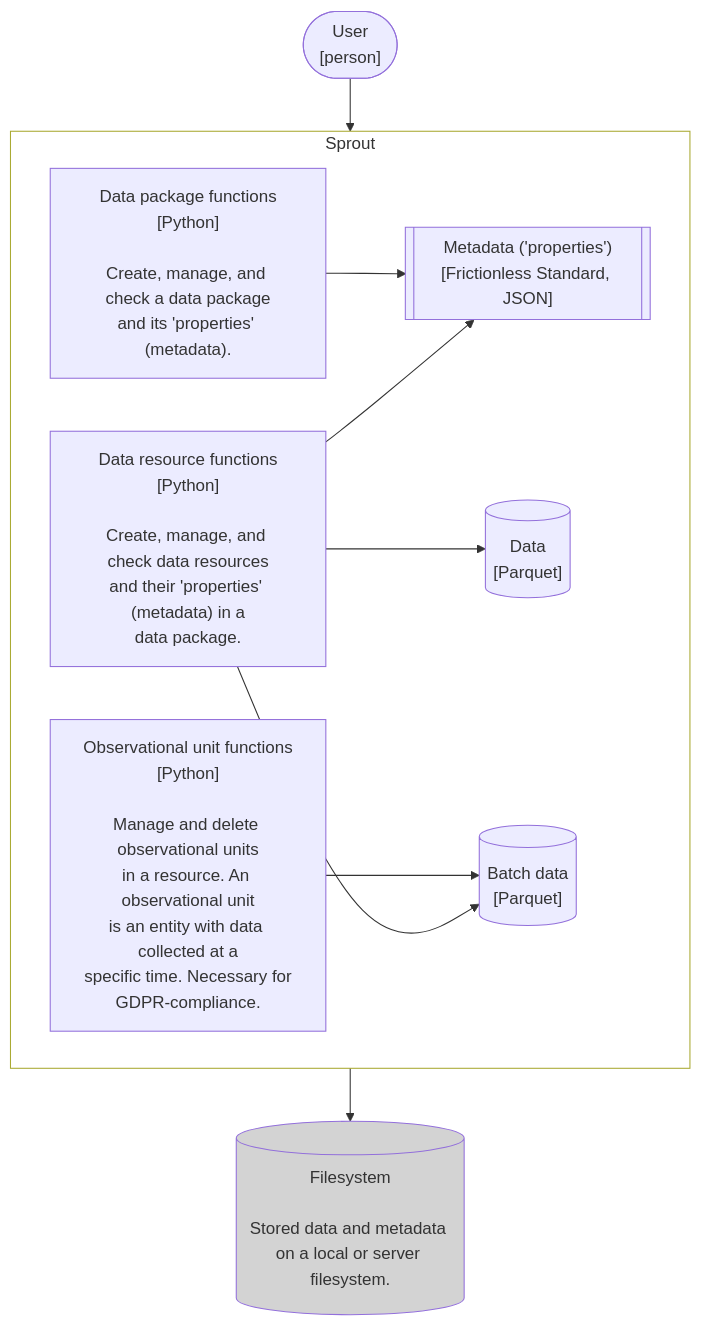
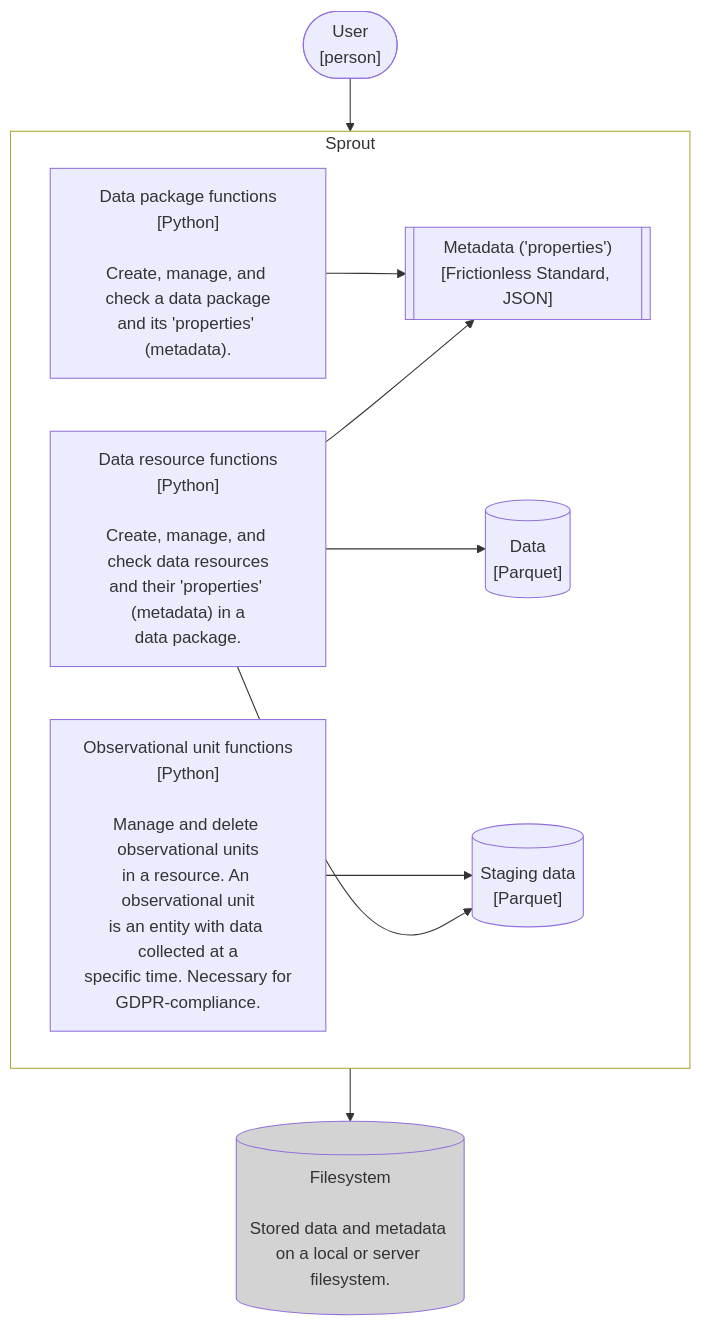
One commit to seedcase-project/seedcase-sprout changed the second of 2 diagrams in docs/design/architecture/c4-models.qmd. Above: the diagram before and after it, drawn with Mermaid. The commit also changed 18 other files, not shown here.

````diff
--- a/docs/design/architecture/c4-models.qmd
+++ b/docs/design/architecture/c4-models.qmd
@@ -60,30 +60,30 @@
 ```{mermaid}
 %%| label: fig-c4-container
 %%| fig-width: 6.3
 %%| fig-cap: >-
 %%|   C4 Container diagram showing larger functional parts of Sprout and their
 %%|   connections.
 
 flowchart TB
     user(["User<br>[person]"])
     subgraph sprout [Sprout]
         package["Data package functions<br>[Python]<br><br>Create, manage, and check a data package<br>and its 'properties' (metadata)."]
         resource["Data resource functions<br>[Python]<br><br>Create, manage, and check data resources<br>and their 'properties' (metadata) in a<br>data package."]
         obs_unit["Observational unit functions<br>[Python]<br><br>Manage and delete observational units<br>in a resource. An observational unit<br>is an entity with data collected at a<br>specific time. Necessary for<br>GDPR-compliance."]
-        batch[("Batch data<br>[Parquet]")]
+        staging[("Staging data<br>[Parquet]")]
         data[("Data<br>[Parquet]")]
         metadata[["Metadata ('properties')<br>[Frictionless Standard, JSON]"]]
     end
     output[("Filesystem<br><br>Stored data and metadata on a local or server filesystem.")]
 
     user --> sprout:::system
     package --> metadata
     resource --> data
     resource --> metadata
-    obs_unit --> batch
-    resource --> batch
+    obs_unit --> staging
+    resource --> staging
     sprout --> output:::external
 
     classDef system fill:none
     classDef external fill:lightgrey
 ```
````
